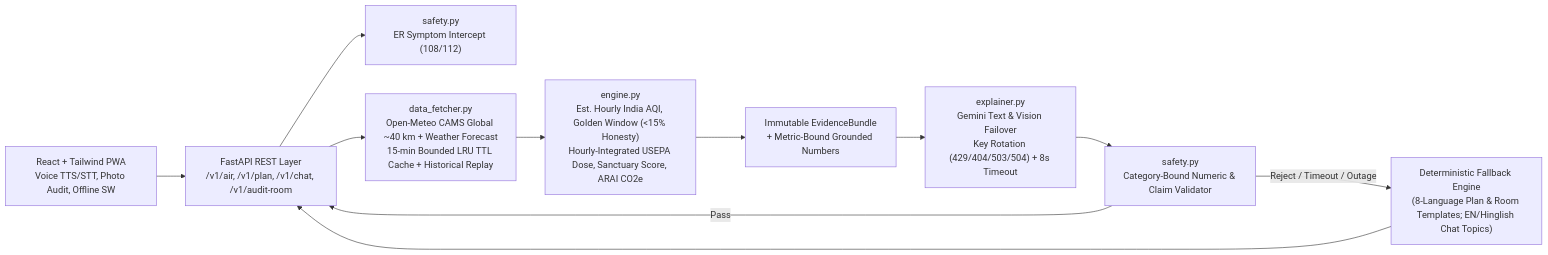
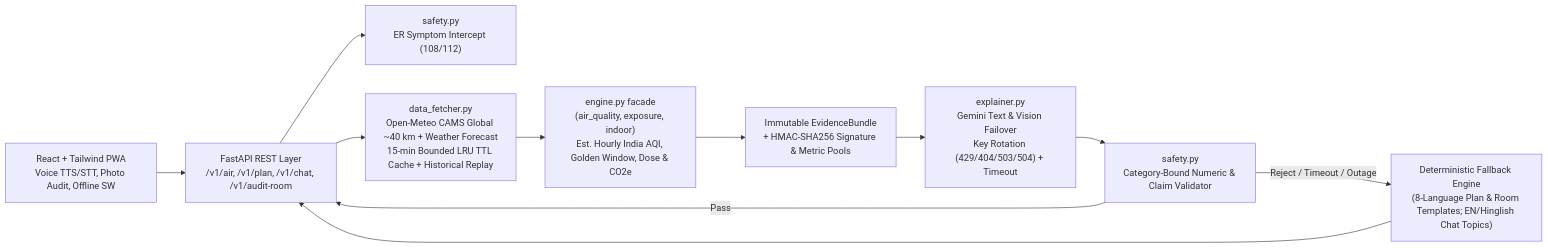
One commit to maneshdev-cloud/Challenge-06 changed the diagram in README.md. Above: the diagram before and after it, drawn with Mermaid. The commit also changed other lines of this file and 34 other files, not shown here.

Commit message:
feat: Attempt 2 polish — modular engine, HMAC chat integrity, a11y, and full test suite

````diff
--- a/README.md
+++ b/README.md
@@ -25,13 +25,13 @@
 ```mermaid
 flowchart LR
     UI["React + Tailwind PWA<br/>Voice TTS/STT, Photo Audit, Offline SW"] --> API["FastAPI REST Layer<br/>/v1/air, /v1/plan, /v1/chat, /v1/audit-room"]
     API --> Triage["safety.py<br/>ER Symptom Intercept (108/112)"]
     API --> Fetch["data_fetcher.py<br/>Open-Meteo CAMS Global ~40 km + Weather Forecast<br/>15-min Bounded LRU TTL Cache + Historical Replay"]
-    Fetch --> Eng["engine.py<br/>Est. Hourly India AQI, Golden Window (&lt;15% Honesty)<br/>Hourly-Integrated USEPA Dose, Sanctuary Score, ARAI CO2e"]
-    Eng --> Bundle["Immutable EvidenceBundle<br/>+ Metric-Bound Grounded Numbers"]
-    Bundle --> LLM["explainer.py<br/>Gemini Text &amp; Vision Failover<br/>Key Rotation (429/404/503/504) + 8s Timeout"]
+    Fetch --> Eng["engine.py facade<br/>(air_quality, exposure, indoor)<br/>Est. Hourly India AQI, Golden Window, Dose &amp; CO2e"]
+    Eng --> Bundle["Immutable EvidenceBundle<br/>+ HMAC-SHA256 Signature &amp; Metric Pools"]
+    Bundle --> LLM["explainer.py<br/>Gemini Text &amp; Vision Failover<br/>Key Rotation (429/404/503/504) + Timeout"]
     LLM --> Val["safety.py<br/>Category-Bound Numeric &amp; Claim Validator"]
     Val -- "Pass" --> API
     Val -- "Reject / Timeout / Outage" --> Offline["Deterministic Fallback Engine<br/>(8-Language Plan &amp; Room Templates; EN/Hinglish Chat Topics)"]
     Offline --> API
 ```
````
